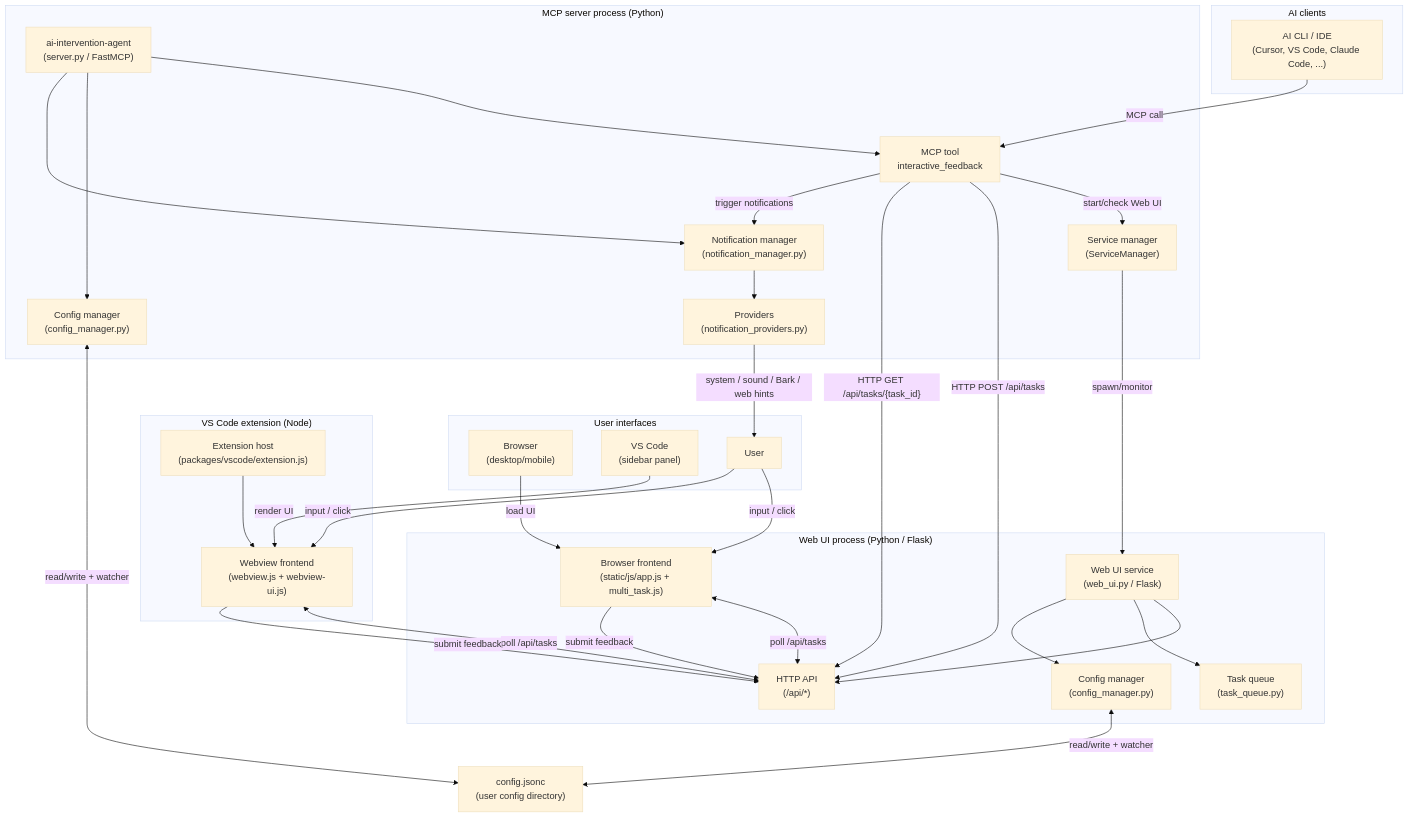
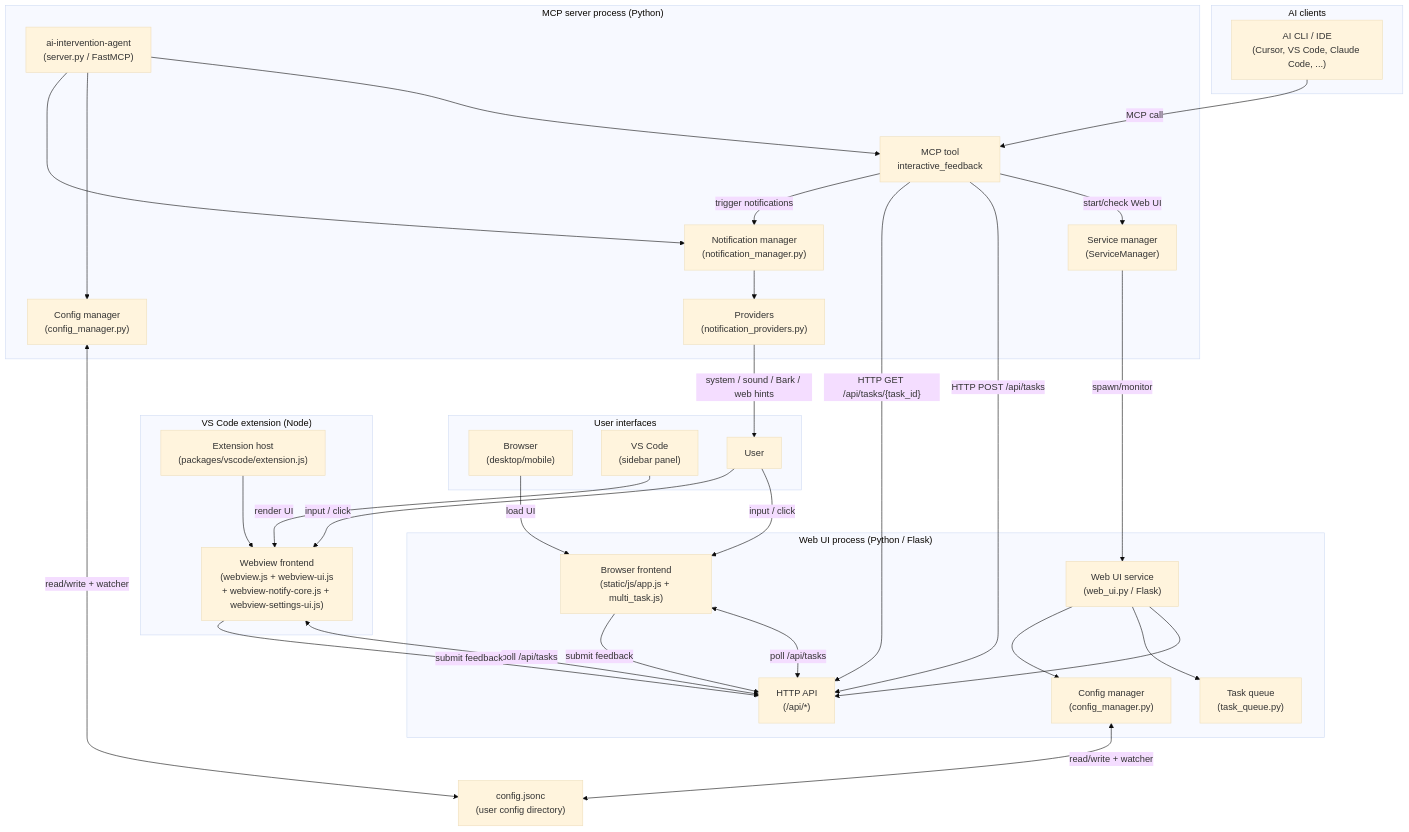
Before and after one commit to XIADENGMA/ai-intervention-agent: the diagram in README.md, drawn with Mermaid (base theme). The commit also changed 3 other files, not shown here.

````diff
--- a/README.md
+++ b/README.md
@@ -197,66 +197,66 @@
 ```mermaid
 flowchart TD
   subgraph CLIENTS["AI clients"]
     AI_CLIENT["AI CLI / IDE<br/>(Cursor, VS Code, Claude Code, ...)"]
   end
 
   subgraph MCP_PROC["MCP server process (Python)"]
     MCP_SRV["ai-intervention-agent<br/>(server.py / FastMCP)"]
     MCP_TOOL["MCP tool<br/>interactive_feedback"]
     SVC_MGR["Service manager<br/>(ServiceManager)"]
     CFG_MGR_MCP["Config manager<br/>(config_manager.py)"]
     NOTIF_MGR["Notification manager<br/>(notification_manager.py)"]
     NOTIF_PROVIDERS["Providers<br/>(notification_providers.py)"]
     MCP_SRV --> MCP_TOOL
     MCP_SRV --> CFG_MGR_MCP
     MCP_SRV --> NOTIF_MGR
     NOTIF_MGR --> NOTIF_PROVIDERS
   end
 
   subgraph WEB_PROC["Web UI process (Python / Flask)"]
     WEB_SRV["Web UI service<br/>(web_ui.py / Flask)"]
     WEB_CFG_MGR["Config manager<br/>(config_manager.py)"]
     HTTP_API["HTTP API<br/>(/api/*)"]
     TASK_Q["Task queue<br/>(task_queue.py)"]
     WEB_FRONTEND["Browser frontend<br/>(static/js/app.js + multi_task.js)"]
     WEB_SRV --> HTTP_API
     WEB_SRV --> TASK_Q
     WEB_SRV --> WEB_CFG_MGR
     WEB_FRONTEND <-->|poll /api/tasks| HTTP_API
     WEB_FRONTEND -->|submit feedback| HTTP_API
   end
 
   subgraph VSCODE_PROC["VS Code extension (Node)"]
     VSCODE_EXT["Extension host<br/>(packages/vscode/extension.js)"]
-    VSCODE_WEBVIEW["Webview frontend<br/>(webview.js + webview-ui.js)"]
+    VSCODE_WEBVIEW["Webview frontend<br/>(webview.js + webview-ui.js<br/>+ webview-notify-core.js + webview-settings-ui.js)"]
     VSCODE_EXT --> VSCODE_WEBVIEW
     VSCODE_WEBVIEW <-->|poll /api/tasks| HTTP_API
     VSCODE_WEBVIEW -->|submit feedback| HTTP_API
   end
 
   subgraph USER_UI["User interfaces"]
     BROWSER["Browser<br/>(desktop/mobile)"]
     VSCODE["VS Code<br/>(sidebar panel)"]
     USER["User"]
   end
 
   CFG_FILE["config.jsonc<br/>(user config directory)"]
 
   AI_CLIENT -->|MCP call| MCP_TOOL
   MCP_TOOL -->|start/check Web UI| SVC_MGR
   SVC_MGR -->|spawn/monitor| WEB_SRV
 
   USER -->|input / click| WEB_FRONTEND
   USER -->|input / click| VSCODE_WEBVIEW
   BROWSER -->|load UI| WEB_FRONTEND
   VSCODE -->|render UI| VSCODE_WEBVIEW
 
   MCP_TOOL -->|"HTTP POST /api/tasks"| HTTP_API
   MCP_TOOL -->|"HTTP GET /api/tasks/{task_id}"| HTTP_API
 
   WEB_CFG_MGR <-->|read/write + watcher| CFG_FILE
   CFG_MGR_MCP <-->|read/write + watcher| CFG_FILE
 
   MCP_TOOL -->|trigger notifications| NOTIF_MGR
   NOTIF_PROVIDERS -->|system / sound / Bark / web hints| USER
 ```
````
